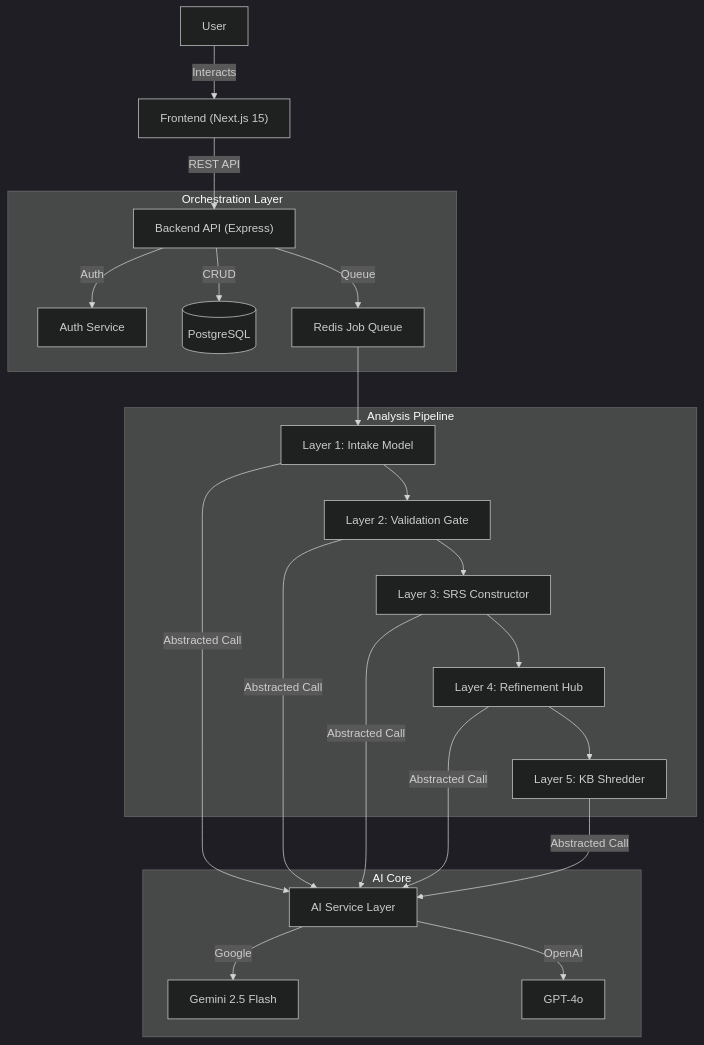
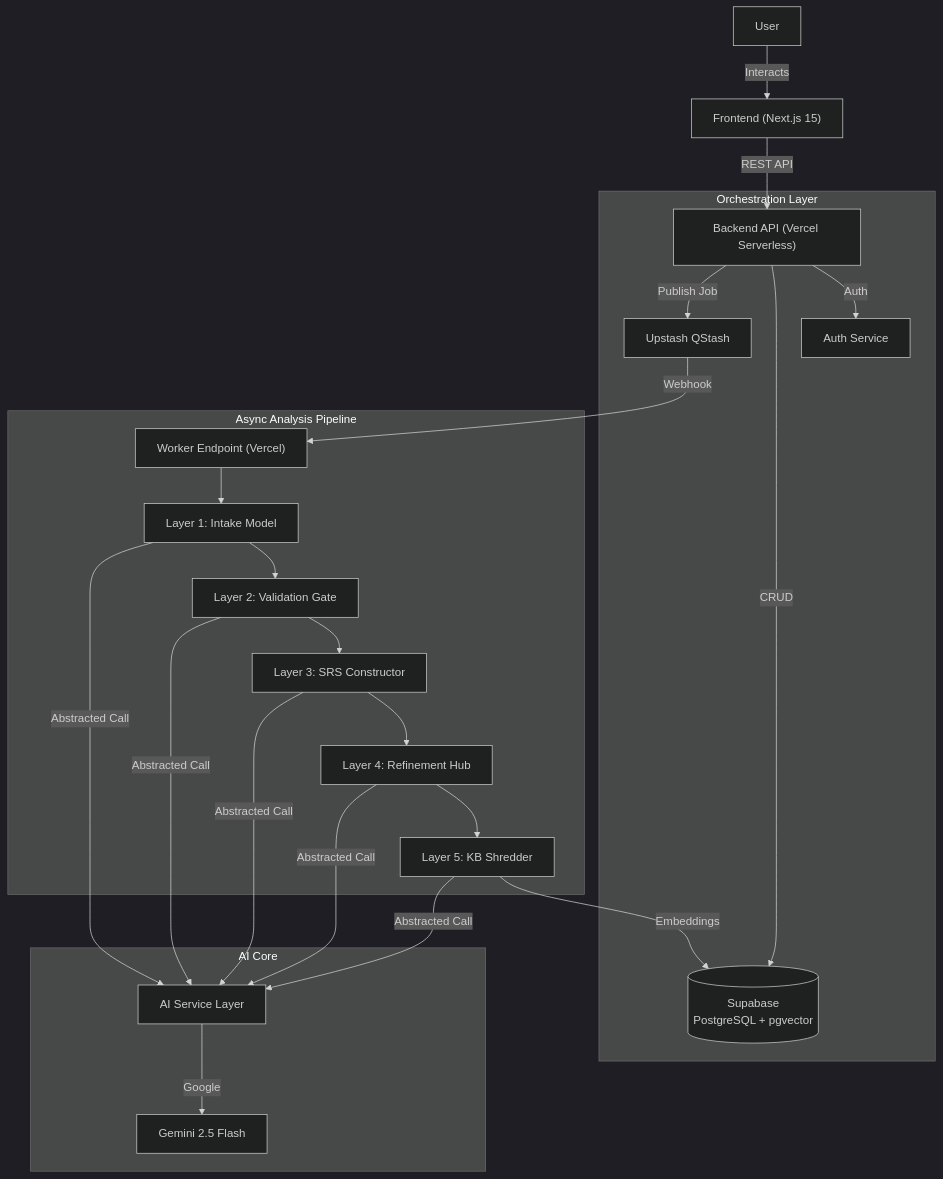
The first of 2 diagrams in ARCHITECTURE.md (Aniket-a14/SRA), drawn with Mermaid (dark theme) before and after one commit. The commit also changed 5 other files, not shown here.

````diff
--- a/ARCHITECTURE.md
+++ b/ARCHITECTURE.md
@@ -7,25 +7,26 @@
 ```mermaid
 graph TD
     User[User] -->|Interacts| Client["Frontend (Next.js 15)"]
-    Client["Frontend (Next.js 15)"] -->|REST API| API["Backend API (Express)"]
+    Client -->|REST API| API["Backend API (Vercel Serverless)"]
     
     subgraph "Orchestration Layer"
         API -->|Auth| Auth[Auth Service]
-        API -->|CRUD| DB[(PostgreSQL)]
-        API -->|Queue| Queue[Redis Job Queue]
+        API -->|CRUD| DB[(Supabase <br/> PostgreSQL + pgvector)]
+        API -->|Publish Job| QStash[Upstash QStash]
     end
 
-    subgraph "Analysis Pipeline"
-        Queue --> W1[Layer 1: Intake Model]
+    subgraph "Async Analysis Pipeline"
+        QStash -->|Webhook| Worker["Worker Endpoint (Vercel)"]
+        Worker --> W1[Layer 1: Intake Model]
         W1 --> W2[Layer 2: Validation Gate]
         W2 --> W3[Layer 3: SRS Constructor]
         W3 --> W4[Layer 4: Refinement Hub]
         W4 --> W5[Layer 5: KB Shredder]
+        W5 -->|Embeddings| DB
     end
     
     subgraph "AI Core"
         W1 & W2 & W3 & W4 & W5 -->|Abstracted Call| AIService[AI Service Layer]
         AIService -->|Google| Gemini[Gemini 2.5 Flash]
-        AIService -->|OpenAI| GPT[GPT-4o]
     end
 ```
````
